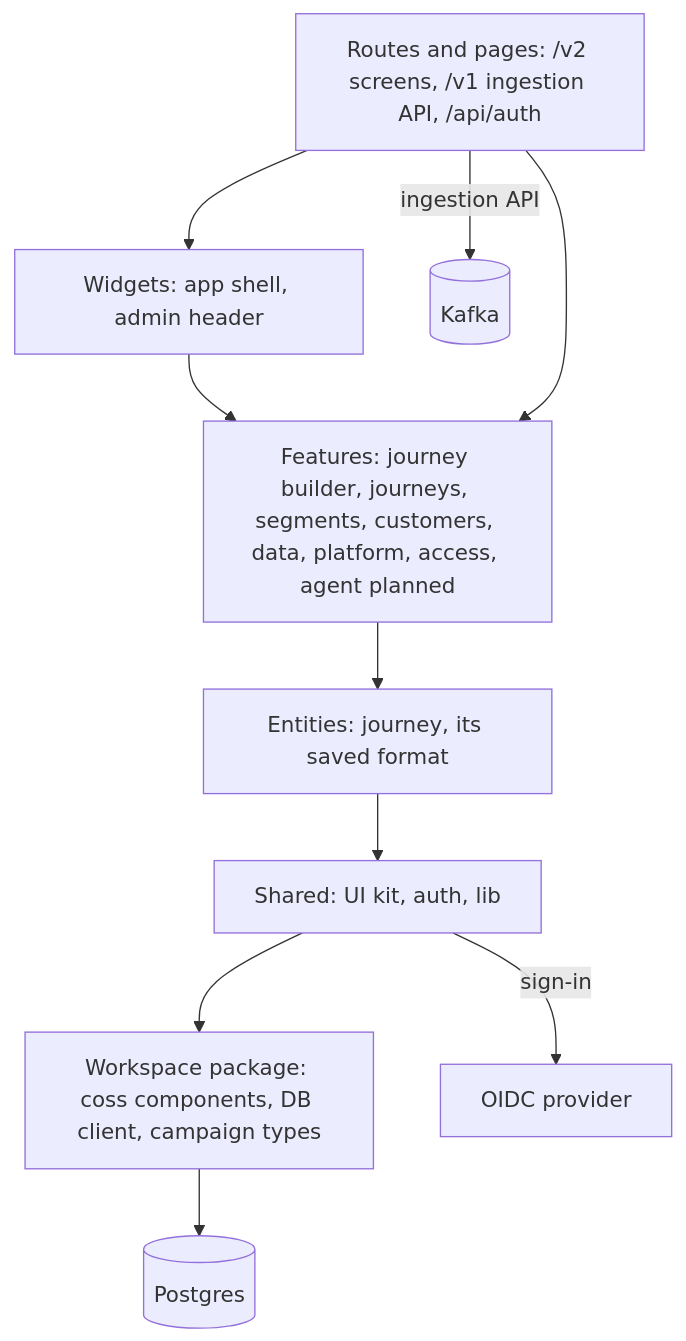
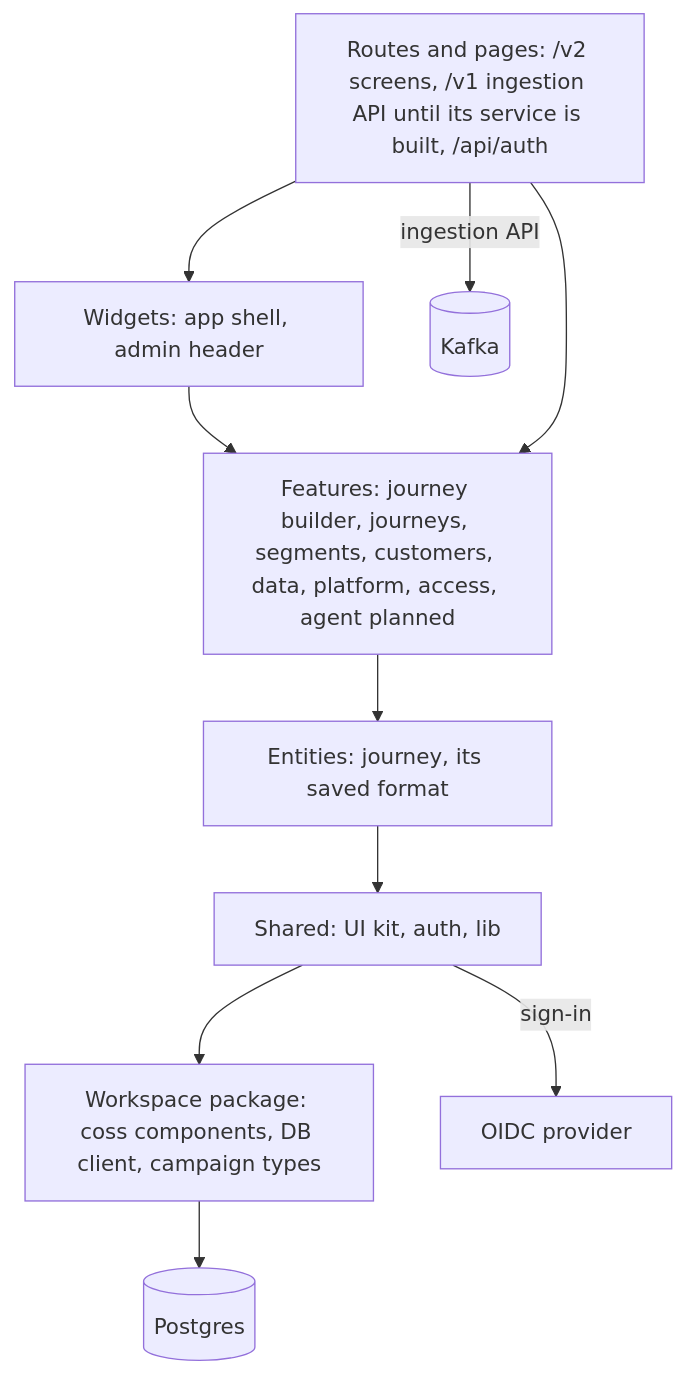
Before and after one commit to 18120158binh/salarose: the sixth of 7 diagrams in docs/internal/architecture/overview.md, drawn with Mermaid. The commit also changed other lines of this file and 38 other files, not shown here.

````diff
--- a/docs/internal/architecture/overview.md
+++ b/docs/internal/architecture/overview.md
@@ -230,17 +233,17 @@
 ```mermaid
 flowchart TB
-	routes[Routes and pages: /v2 screens, /v1 ingestion API, /api/auth]
+	routes[Routes and pages: /v2 screens, /v1 ingestion API until its service is built, /api/auth]
 	widgets[Widgets: app shell, admin header]
 	features[Features: journey builder, journeys, segments, customers, data, platform, access, agent planned]
 	entities[Entities: journey, its saved format]
 	sharedui[Shared: UI kit, auth, lib]
 	pkg[Workspace package: coss components, DB client, campaign types]
 	pg[(Postgres)]
 	kafka[(Kafka)]
 	idp[OIDC provider]
 	routes --> widgets --> features --> entities --> sharedui --> pkg
 	routes --> features
 	pkg --> pg
 	routes -->|ingestion API| kafka
 	sharedui -->|sign-in| idp
 ```
````
